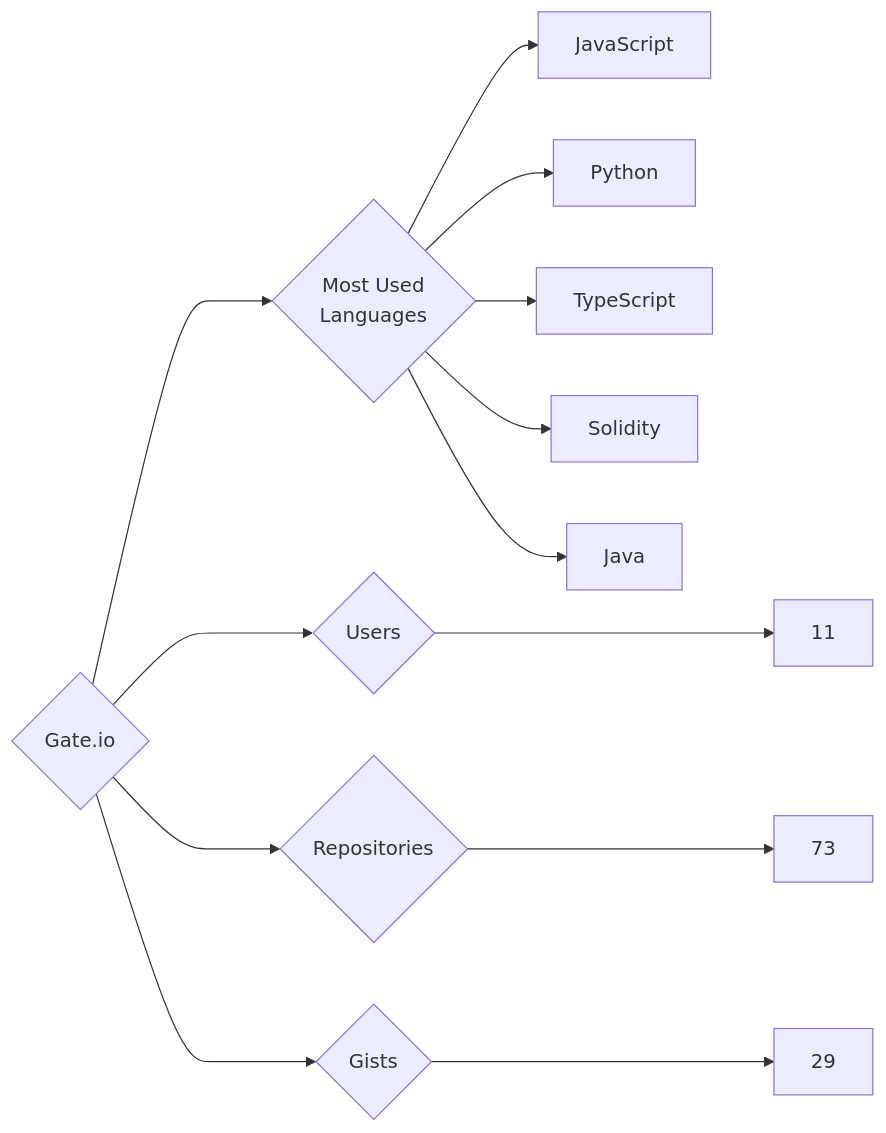
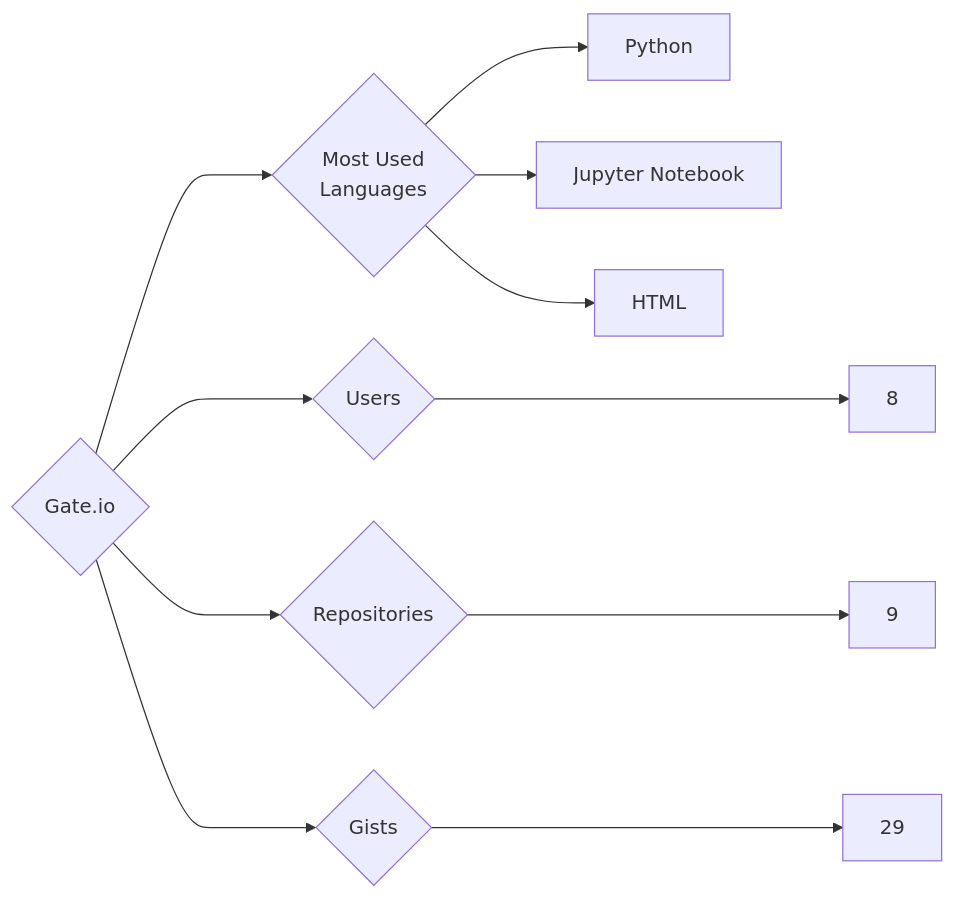
Before and after one commit to trickest/insiders: the diagram in targets/Gate.io/README.md, drawn with Mermaid. The commit also changed 1141 other files, not shown here.

````diff
--- a/targets/Gate.io/README.md
+++ b/targets/Gate.io/README.md
@@ -3,13 +3,11 @@
 ```mermaid
 graph LR
 COMPANY_NAME{Gate.io}
-COMPANY_NAME ---> U{Users} ---> UN[11]
-COMPANY_NAME ---> R{Repositories} ---> RN[73]
+COMPANY_NAME ---> U{Users} ---> UN[8]
+COMPANY_NAME ---> R{Repositories} ---> RN[9]
 COMPANY_NAME ---> G{Gists} ---> GN[29]
 COMPANY_NAME ---> ML{Most Used<br>Languages}
-ML --> JavaScript[JavaScript]
 ML --> Python[Python]
-ML --> TypeScript[TypeScript]
-ML --> Solidity[Solidity]
-ML --> Java[Java]
+ML --> Jupyter_Notebook[Jupyter Notebook]
+ML --> HTML[HTML]
 ```
````
